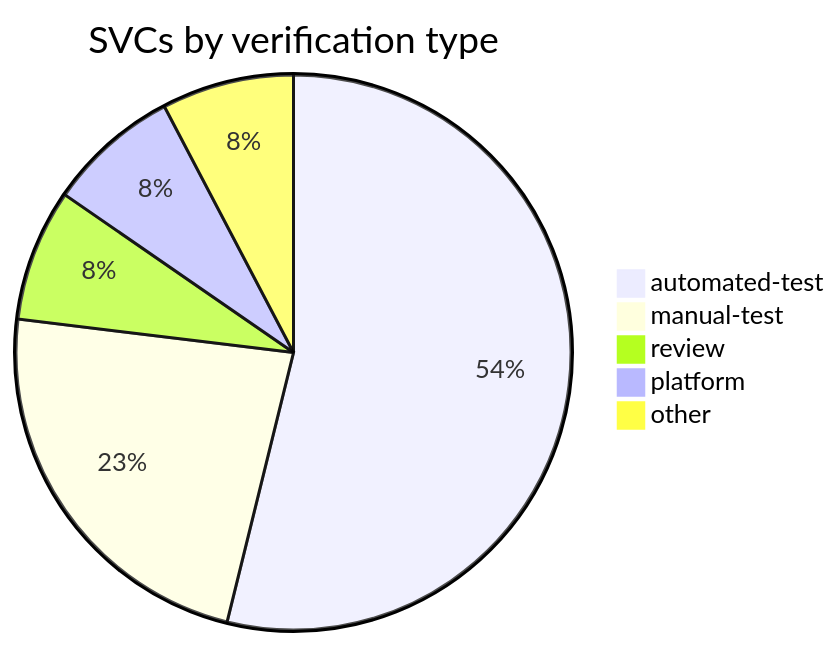
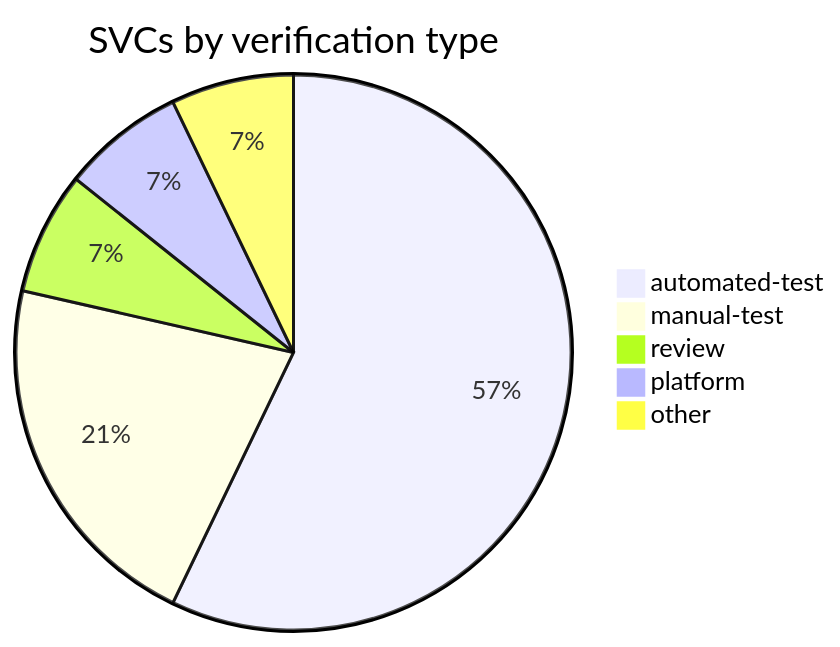
The third of 4 diagrams in docs/REGRESSION_PLAN.md (reqstool/reqstool-regression), drawn with Mermaid before and after one commit. The commit also changed other lines of this file, not shown here.

````diff
--- a/docs/REGRESSION_PLAN.md
+++ b/docs/REGRESSION_PLAN.md
@@ -384,8 +404,8 @@
 ```mermaid
 pie title SVCs by verification type
-    "automated-test" : 7
+    "automated-test" : 8
     "manual-test" : 3
     "review" : 1
     "platform" : 1
     "other" : 1
 ```
````
